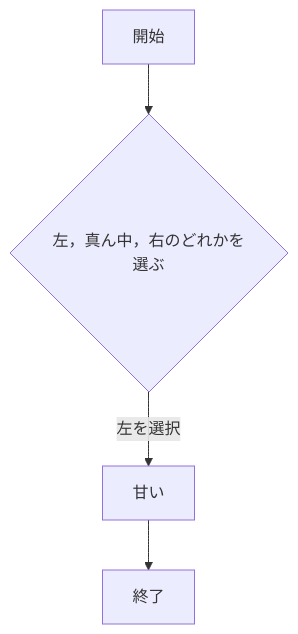
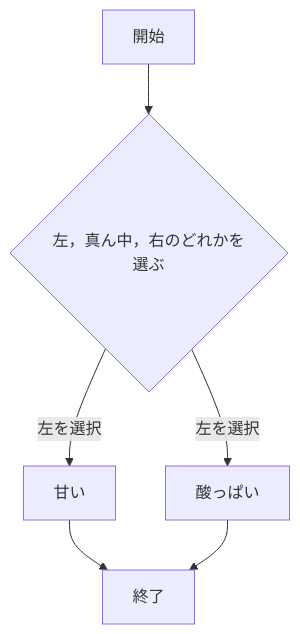
Before and after one commit to km919/webpro_06: the ninth of 9 diagrams in README.md, drawn with Mermaid.

Commit message:
11/18の14:07に編集済

````diff
--- a/README.md
+++ b/README.md
@@ -328,9 +328,11 @@
 ```mermaid
 flowchart TD;
 start["開始"];
 end1["終了"]
 if{"左，真ん中，右のどれかを選ぶ"}
 start --> if
 if --> |左を選択| 甘い
 甘い --> end1
+if --> |左を選択| 酸っぱい
+酸っぱい --> end1
 ```
````
